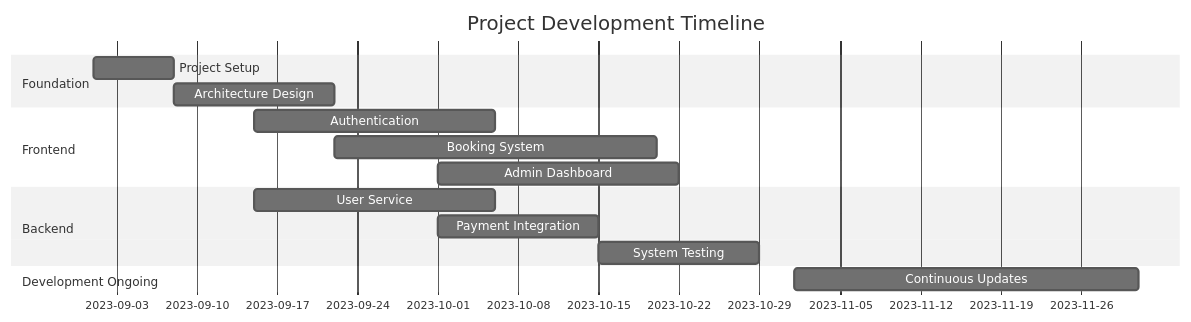
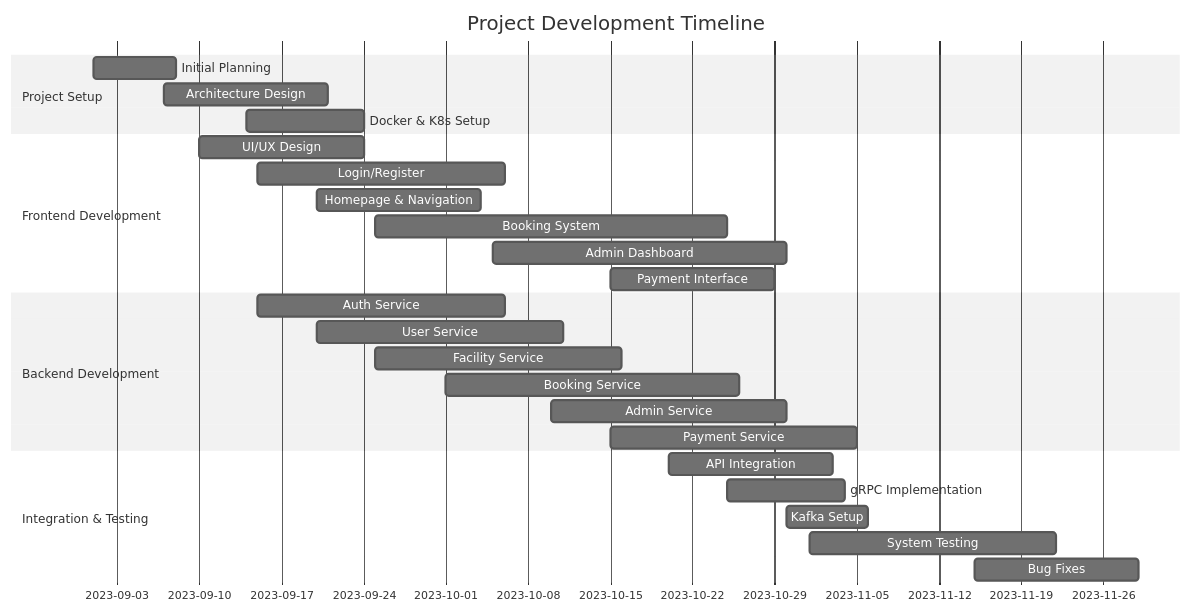
Before and after one commit to 6531503042/Sport-Complex: the diagram in README.md, drawn with Mermaid (neutral theme). The commit also changed other lines of this file, not shown here.

Commit message:
Readme: Updated Role and Responsibilities & timeline gratt

````diff
--- a/README.md
+++ b/README.md
@@ -229,18 +361,32 @@
 ```mermaid
 gantt
     title Project Development Timeline
     dateFormat  YYYY-MM-DD
-    section Foundation
-    Project Setup           :2023-09-01, 7d
-    Architecture Design     :2023-09-08, 14d
-    section Frontend
-    Authentication         :2023-09-15, 21d
-    Booking System        :2023-09-22, 28d
-    Admin Dashboard       :2023-10-01, 21d
-    section Backend
-    User Service          :2023-09-15, 21d
-    Payment Integration   :2023-10-01, 14d
-    System Testing        :2023-10-15, 14d
-    section Development Ongoing
-    Continuous Updates    :2023-11-01, 30d
+    section Project Setup
+    Initial Planning        :2023-09-01, 7d
+    Architecture Design     :2023-09-07, 14d
+    Docker & K8s Setup     :2023-09-14, 10d
+    
+    section Frontend Development
+    UI/UX Design           :2023-09-10, 14d
+    Login/Register         :2023-09-15, 21d
+    Homepage & Navigation  :2023-09-20, 14d
+    Booking System        :2023-09-25, 30d
+    Admin Dashboard       :2023-10-05, 25d
+    Payment Interface     :2023-10-15, 14d
+    
+    section Backend Development
+    Auth Service          :2023-09-15, 21d
+    User Service          :2023-09-20, 21d
+    Facility Service      :2023-09-25, 21d
+    Booking Service       :2023-10-01, 25d
+    Admin Service         :2023-10-10, 20d
+    Payment Service       :2023-10-15, 21d
+    
+    section Integration & Testing
+    API Integration       :2023-10-20, 14d
+    gRPC Implementation   :2023-10-25, 10d
+    Kafka Setup          :2023-10-30, 7d
+    System Testing       :2023-11-01, 21d
+    Bug Fixes           :2023-11-15, 14d
 ```
````
